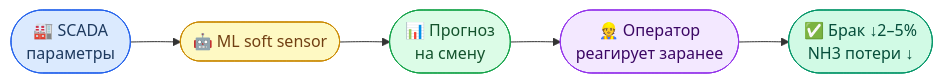
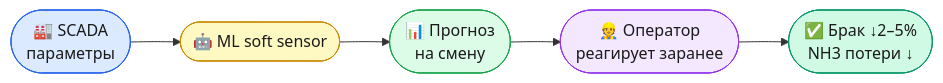
One commit to Misha-42/soda-ml-carbonation-control changed the first of 7 diagrams in README.md. Above: the diagram before and after it, drawn with Mermaid. The commit also changed other lines of this file, not shown here.

````diff
--- a/README.md
+++ b/README.md
@@ -28,13 +28,13 @@
 ```mermaid
 flowchart LR
     A([🏭 SCADA\nпараметры]) --> B([🤖 ML soft sensor])
     B --> C([📊 Прогноз\nна смену])
     C --> D([👷 Оператор\nреагирует заранее])
     D --> E([✅ Брак ↓2–5%\nNH3 потери ↓])
 
-    style A fill:#dbeafe,stroke:#2563eb,color:#1e3a5f
-    style B fill:#fef9c3,stroke:#ca8a04,color:#713f12
-    style C fill:#dcfce7,stroke:#16a34a,color:#14532d
-    style D fill:#f3e8ff,stroke:#9333ea,color:#3b0764
-    style E fill:#d1fae5,stroke:#059669,color:#064e3b
+    style A fill:#dbeafe,stroke:#2563eb,color:#1a1a1a
+    style B fill:#fef9c3,stroke:#ca8a04,color:#1a1a1a
+    style C fill:#dcfce7,stroke:#16a34a,color:#1a1a1a
+    style D fill:#f3e8ff,stroke:#9333ea,color:#1a1a1a
+    style E fill:#d1fae5,stroke:#059669,color:#1a1a1a
 ```
````
